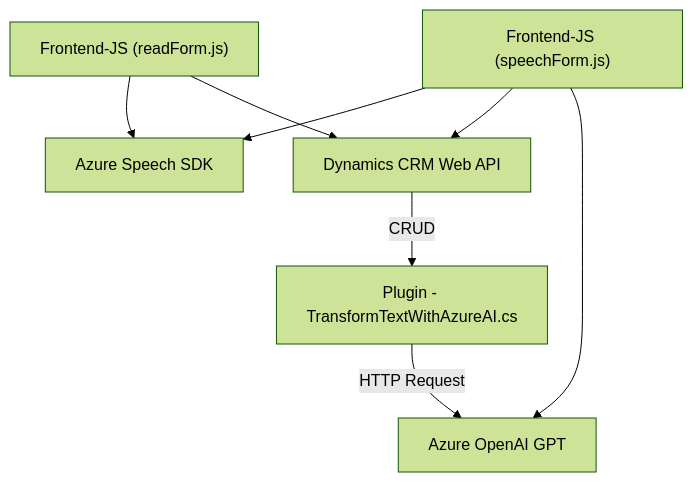
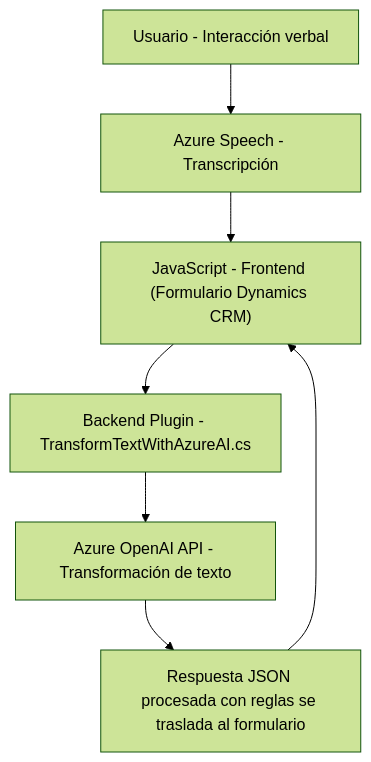
Before and after one commit to blopezdm/NETCORE_BILBAO2025: the diagram in README.md, drawn with Mermaid (forest theme). The commit also changed other lines of this file, not shown here.

Commit message:
Actualizar análisis global de la solución con IA

````diff
--- a/README.md
+++ b/README.md
@@ -57,17 +41,9 @@
 ```mermaid
 graph TD
-    A["Frontend-JS (readForm.js)"]
-    B["Frontend-JS (speechForm.js)"]
-    C["Plugin - TransformTextWithAzureAI.cs"]
-    D["Azure Speech SDK"]
-    E["Azure OpenAI GPT"]
-    F["Dynamics CRM Web API"]
-    
-    A --> D
-    A --> F
-    B --> D
-    B --> F
-    B --> E
-    F -->|CRUD| C
-    C -->|HTTP Request| E
+    A["Usuario - Interacción verbal"] --> B["Azure Speech - Transcripción"]
+    B --> C["JavaScript - Frontend (Formulario Dynamics CRM)"]
+    C --> D["Backend Plugin - TransformTextWithAzureAI.cs"]
+    D --> E["Azure OpenAI API - Transformación de texto"]
+    E --> F["Respuesta JSON procesada con reglas se traslada al formulario"]
+    F --> C
 ```
````
